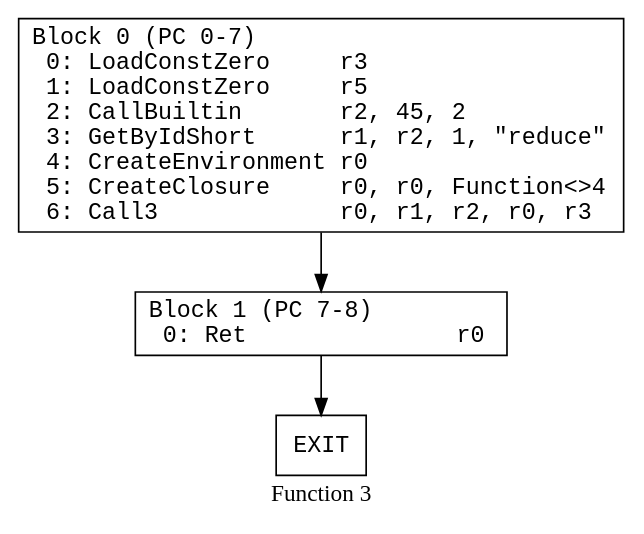
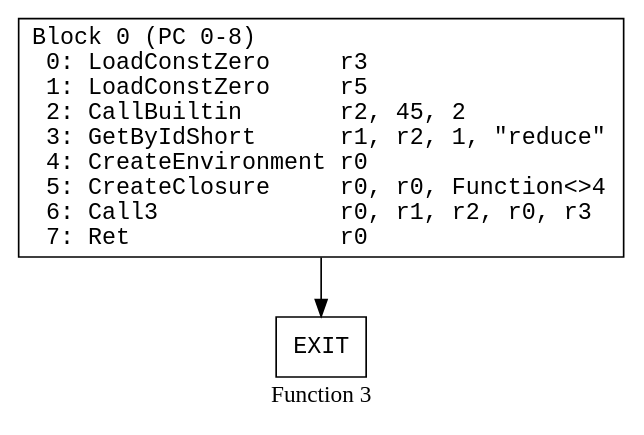
One commit to kroo/hermes-dec-rs changed the diagram in data/individual_pdfs/cjs_v96_function_3.dot. Above: the diagram before and after it, drawn with Graphviz. The commit also changed 116 other files, not shown here.

```diff
--- a/data/individual_pdfs/cjs_v96_function_3.dot
+++ b/data/individual_pdfs/cjs_v96_function_3.dot
@@ -1,18 +1,16 @@
 // Function 3 from cjs_v96
 // Generated from data/cjs_v96.dot
 
 digraph {
   rankdir=TB;
   node [shape=box, fontname="monospace"];
 
   label = "Function 3";
   style = filled;
   color = lightgrey;
 
-  f3_n0 [ label = "Block 0 (PC 0-7)\l  0: LoadConstZero     r3\l  1: LoadConstZero     r5\l  2: CallBuiltin       r2, 45, 2\l  3: GetByIdShort      r1, r2, 1, \"reduce\"\l  4: CreateEnvironment r0\l  5: CreateClosure     r0, r0, Function<>4\l  6: Call3             r0, r1, r2, r0, r3\l" ]
-  f3_n1 [ label = "Block 1 (PC 7-8)\l  0: Ret               r0\l" ]
-  f3_n2 [ label = "EXIT" ]
+  f3_n0 [ label = "Block 0 (PC 0-8)\l  0: LoadConstZero     r3\l  1: LoadConstZero     r5\l  2: CallBuiltin       r2, 45, 2\l  3: GetByIdShort      r1, r2, 1, \"reduce\"\l  4: CreateEnvironment r0\l  5: CreateClosure     r0, r0, Function<>4\l  6: Call3             r0, r1, r2, r0, r3\l  7: Ret               r0\l" ]
+  f3_n1 [ label = "EXIT" ]
 
   f3_n0 -> f3_n1
-  f3_n1 -> f3_n2
 }
```
